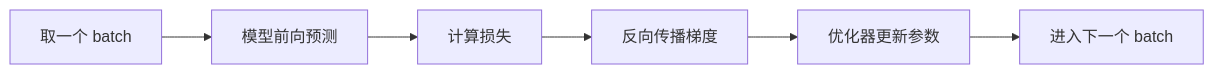
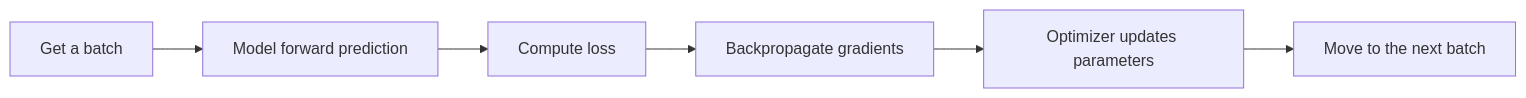
One commit to oudbiao/AI-fullstack-course changed the first of 2 diagrams in docs/ch06-deep-learning/ch02-pytorch/05-training-loop.md. Above: the diagram before and after it, drawn with Mermaid. The commit also changed other lines of this file and 1406 other files, not shown here.

````diff
--- a/docs/ch06-deep-learning/ch02-pytorch/05-training-loop.md
+++ b/docs/ch06-deep-learning/ch02-pytorch/05-training-loop.md
@@ -25,8 +25,8 @@
 ```mermaid
 flowchart LR
-    A["取一个 batch"] --> B["模型前向预测"]
-    B --> C["计算损失"]
-    C --> D["反向传播梯度"]
-    D --> E["优化器更新参数"]
-    E --> F["进入下一个 batch"]
+    A["Get a batch"] --> B["Model forward prediction"]
+    B --> C["Compute loss"]
+    C --> D["Backpropagate gradients"]
+    D --> E["Optimizer updates parameters"]
+    E --> F["Move to the next batch"]
 ```
````
